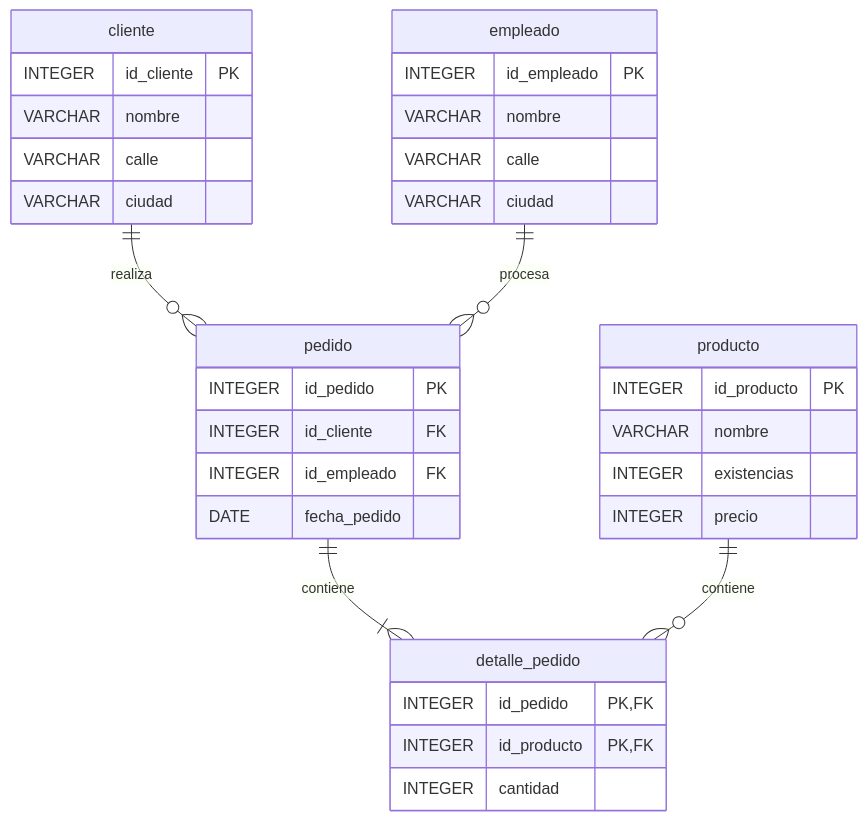
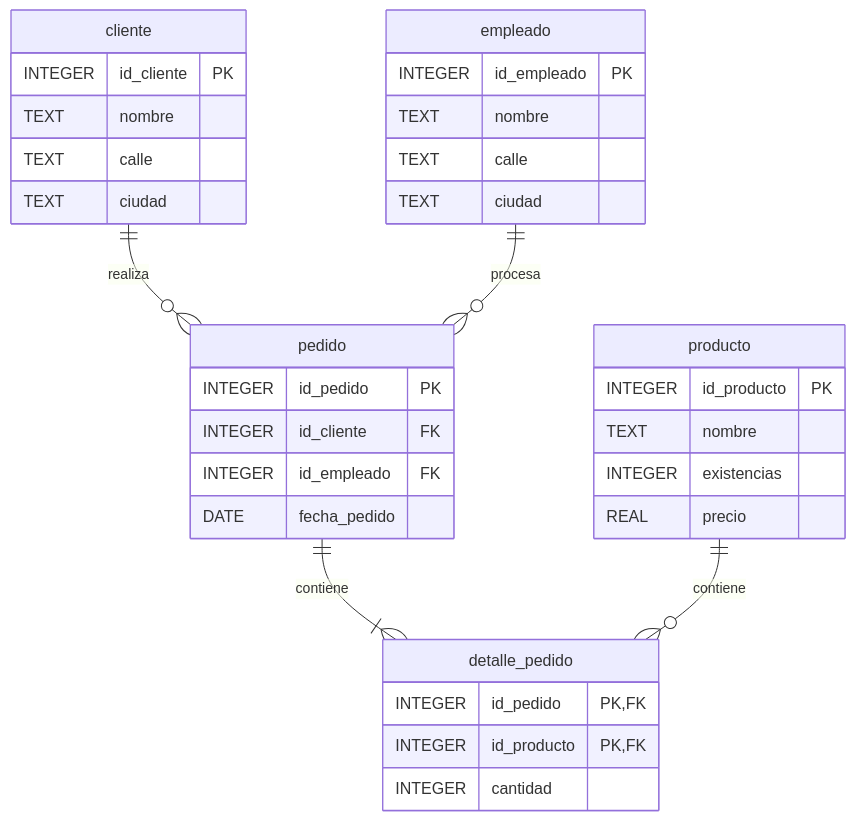
The second of 3 diagrams in README.md (CarlosSanabriaM/docker-sqlite), drawn with Mermaid before and after one commit. The commit also changed 1 other file, not shown here.

Commit message:
refactor: change VARCHAR to TEXT for string fields and INTEGER to REAL for price in database schema

````diff
--- a/README.md
+++ b/README.md
@@ -33,37 +33,37 @@
 ```mermaid
 erDiagram
     cliente {
         INTEGER id_cliente PK
-        VARCHAR nombre
-        VARCHAR calle
-        VARCHAR ciudad
+        TEXT nombre
+        TEXT calle
+        TEXT ciudad
     }
     empleado {
         INTEGER id_empleado PK
-        VARCHAR nombre
-        VARCHAR calle
-        VARCHAR ciudad
+        TEXT nombre
+        TEXT calle
+        TEXT ciudad
     }
     producto {
         INTEGER id_producto PK
-        VARCHAR nombre
+        TEXT nombre
         INTEGER existencias
-        INTEGER precio
+        REAL precio
     }
     pedido {
         INTEGER id_pedido PK
         INTEGER id_cliente FK
         INTEGER id_empleado FK
         DATE fecha_pedido
     }
     detalle_pedido {
         INTEGER id_pedido PK, FK
         INTEGER id_producto PK, FK
         INTEGER cantidad
     }
     
     cliente ||--o{ pedido : realiza
     empleado ||--o{ pedido : procesa
     pedido ||--|{ detalle_pedido : contiene
     producto ||--o{ detalle_pedido : contiene
 ```
````
